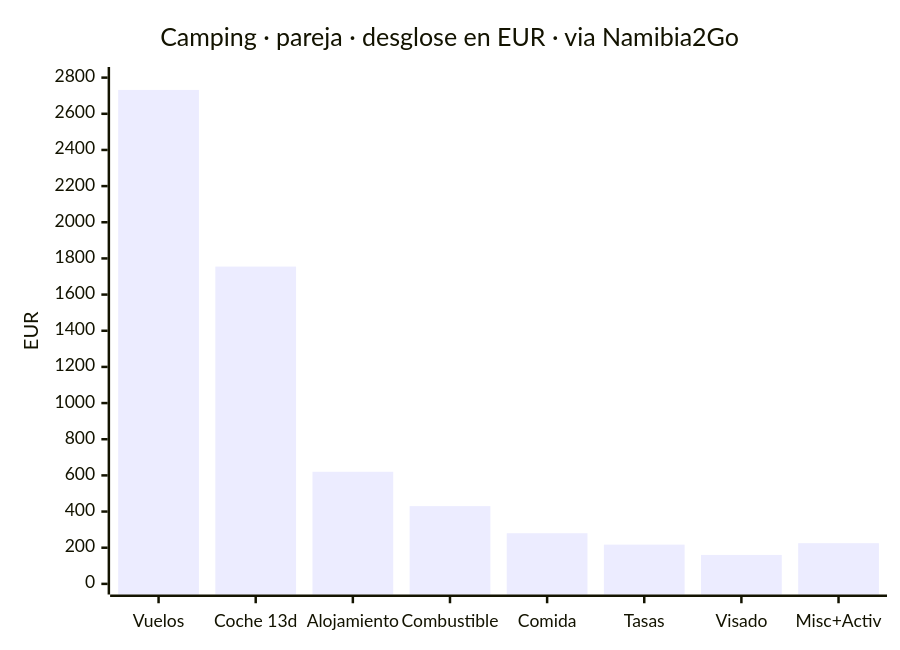
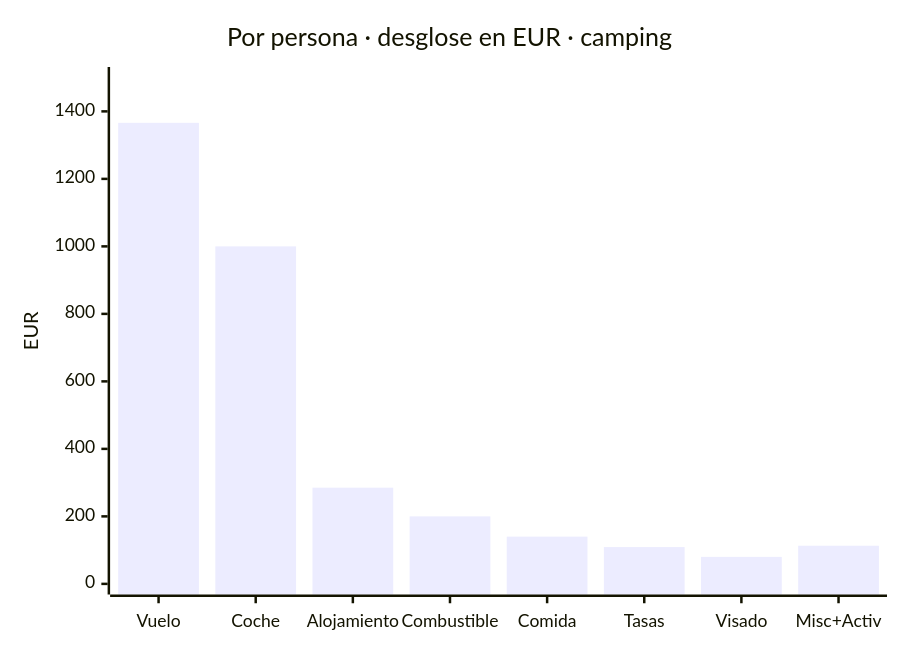
The sixth of 8 diagrams in README.md (morandeirachema/namibia), drawn with Mermaid before and after one commit. The commit also changed other lines of this file, not shown here.

First line of the commit message:
Cerrar el coche con el presupuesto real y recalcular todo por persona

````diff
--- a/README.md
+++ b/README.md
@@ -232,7 +226,7 @@
 ```mermaid
 xychart-beta
-    title "Camping · pareja · desglose en EUR · via Namibia2Go"
-    x-axis ["Vuelos", "Coche 13d", "Alojamiento", "Combustible", "Comida", "Tasas", "Visado", "Misc+Activ"]
-    y-axis "EUR" 0 --> 2800
-    bar [2732, 1755, 620, 430, 280, 217, 160, 225]
+    title "Por persona · desglose en EUR · camping"
+    x-axis ["Vuelo", "Coche", "Alojamiento", "Combustible", "Comida", "Tasas", "Visado", "Misc+Activ"]
+    y-axis "EUR" 0 --> 1500
+    bar [1366, 1000, 285, 200, 140, 109, 80, 113]
 ```
````
